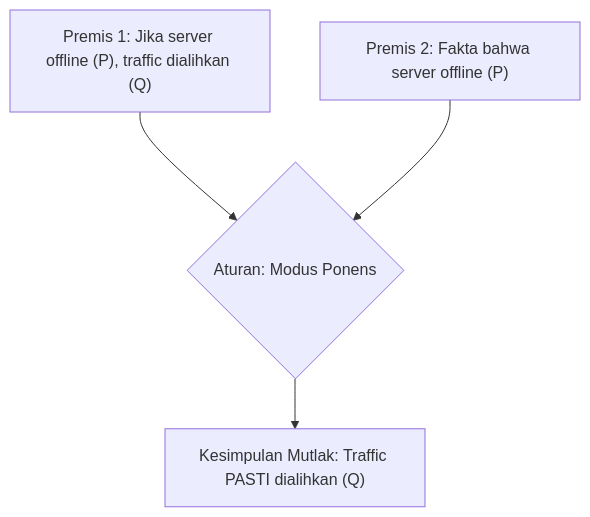
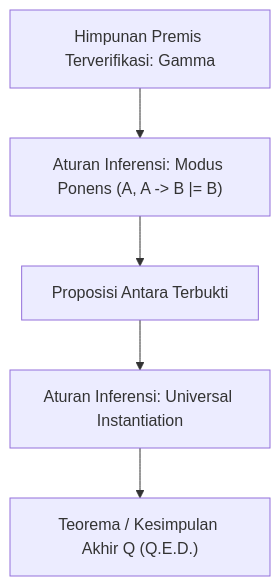
One commit to Rizki2204/ultimate-learning-paths changed the diagram in curriculum/00-fondasi-kognitif-logika/005-logika-formal-teori-pembuktian.md. Above: the diagram before and after it, drawn with Mermaid. The commit also changed other lines of this file and 271 other files, not shown here.

````diff
--- a/curriculum/00-fondasi-kognitif-logika/005-logika-formal-teori-pembuktian.md
+++ b/curriculum/00-fondasi-kognitif-logika/005-logika-formal-teori-pembuktian.md
@@ -37,6 +43,7 @@
 ```mermaid
-graph TD
-    Premis1["Premis 1: Jika server offline (P), traffic dialihkan (Q)"] --> ModusPonens{"Aturan: Modus Ponens"}
-    Premis2["Premis 2: Fakta bahwa server offline (P)"] --> ModusPonens
-    ModusPonens --> Kesimpulan["Kesimpulan Mutlak: Traffic PASTI dialihkan (Q)"]
+flowchart TD
+    Premises["Himpunan Premis Terverifikasi: Gamma"] --> Rule1["Aturan Inferensi: Modus Ponens (A, A -> B |= B)"]
+    Rule1 --> Intermediate["Proposisi Antara Terbukti"]
+    Intermediate --> Rule2["Aturan Inferensi: Universal Instantiation"]
+    Rule2 --> Theorem["Teorema / Kesimpulan Akhir Q (Q.E.D.)"]
 ```
````
